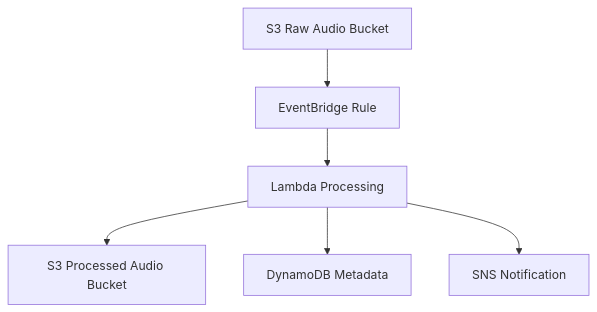
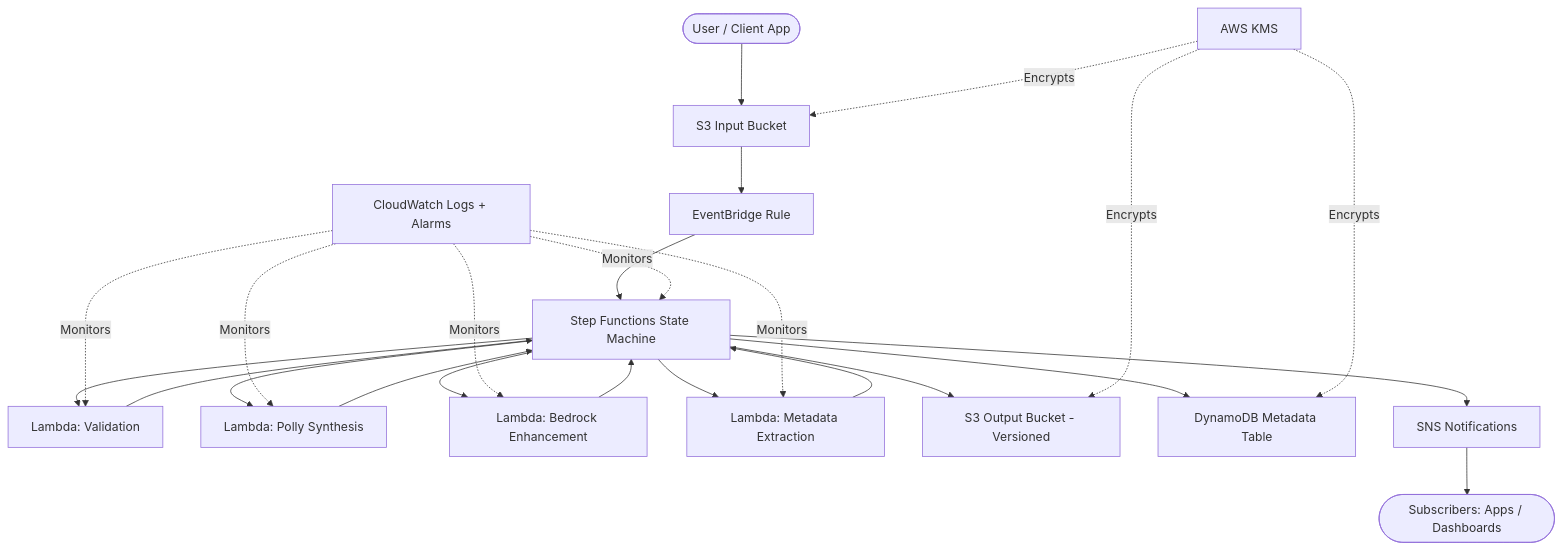
The diagram in ARCHITECTURE.md (obstreperous-ai/cdk-sleep-ts-kiro), drawn with Mermaid before and after one commit. The commit also changed other lines of this file and 1 other file, not shown here.

First line of the commit message:
docs: replace ARCHITECTURE.md with comprehensive pipeline documentation

````diff
--- a/ARCHITECTURE.md
+++ b/ARCHITECTURE.md
@@ -25,8 +103,32 @@
 ```mermaid
 flowchart TD
-    S3Raw[S3 Raw Audio Bucket] --> EventBridge[EventBridge Rule]
-    EventBridge --> Lambda[Lambda Processing]
-    Lambda --> S3Processed[S3 Processed Audio Bucket]
-    Lambda --> DynamoDB[DynamoDB Metadata]
-    Lambda --> SNS[SNS Notification]
+    User([User / Client App]) --> S3Input[S3 Input Bucket]
+    S3Input --> EB[EventBridge Rule]
+    EB --> SFN[Step Functions State Machine]
+
+    SFN --> LambdaValidate[Lambda: Validation]
+    SFN --> LambdaPolly[Lambda: Polly Synthesis]
+    SFN --> LambdaBedrock[Lambda: Bedrock Enhancement]
+    SFN --> LambdaMetadata[Lambda: Metadata Extraction]
+
+    LambdaValidate --> SFN
+    LambdaPolly --> SFN
+    LambdaBedrock --> SFN
+    LambdaMetadata --> SFN
+
+    SFN --> S3Output[S3 Output Bucket - Versioned]
+    SFN --> DynamoDB[DynamoDB Metadata Table]
+    SFN --> SNS[SNS Notifications]
+
+    SNS --> Subscribers([Subscribers: Apps / Dashboards])
+
+    KMS[AWS KMS] -.->|Encrypts| S3Input
+    KMS -.->|Encrypts| S3Output
+    KMS -.->|Encrypts| DynamoDB
+
+    CloudWatch[CloudWatch Logs + Alarms] -.->|Monitors| SFN
+    CloudWatch -.->|Monitors| LambdaValidate
+    CloudWatch -.->|Monitors| LambdaPolly
+    CloudWatch -.->|Monitors| LambdaBedrock
+    CloudWatch -.->|Monitors| LambdaMetadata
 ```
````
